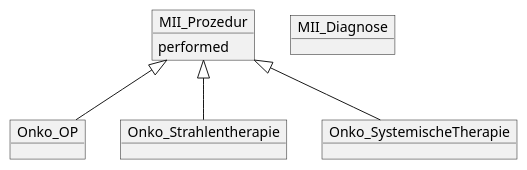
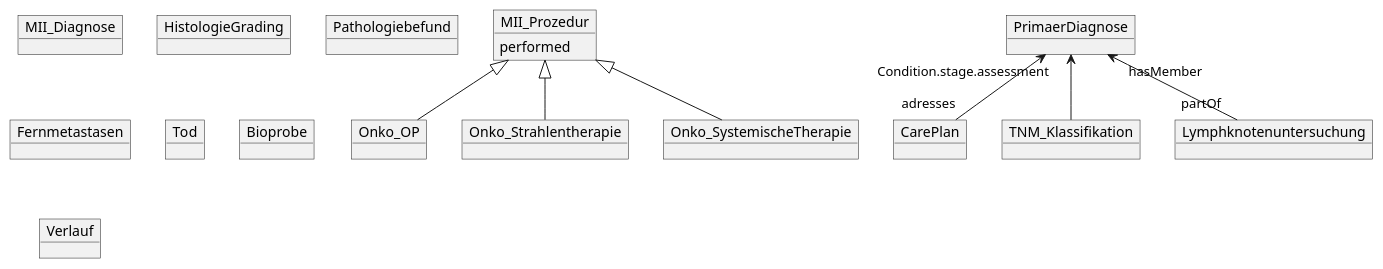
The diagram in information_model/MII_Onko_UML.pu (medizininformatik-initiative/kerndatensatzmodul-onkologie), drawn with PlantUML before and after one commit.

Commit message:
added components to overview uml

```diff
--- a/information_model/MII_Onko_UML.pu
+++ b/information_model/MII_Onko_UML.pu
@@ -1,11 +1,26 @@
 @startuml MII KDS Erweiterungsmodul Onkologie
 object MII_Prozedur
 MII_Prozedur : performed 
 object MII_Diagnose
 object Onko_OP
 object Onko_Strahlentherapie 
 object Onko_SystemischeTherapie
 MII_Prozedur <|-- Onko_OP
 MII_Prozedur <|-- Onko_Strahlentherapie
 MII_Prozedur <|-- Onko_SystemischeTherapie
+object CarePlan
+object PrimaerDiagnose
+object TNM_Klassifikation
+PrimaerDiagnose "Condition.stage.assessment"<-- TNM_Klassifikation
+PrimaerDiagnose <-- "adresses" CarePlan
+object Lymphknotenuntersuchung
+PrimaerDiagnose "hasMember"<--"partOf" Lymphknotenuntersuchung
+object HistologieGrading
+object Pathologiebefund 
+object Fernmetastasen
+object Tod
+object Bioprobe 
+object Verlauf 
+
+
 @enduml
```
